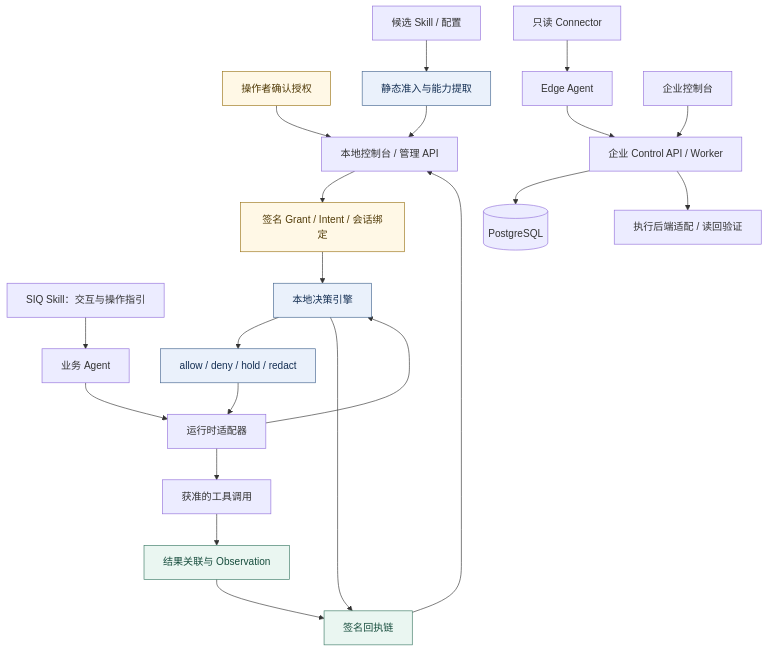
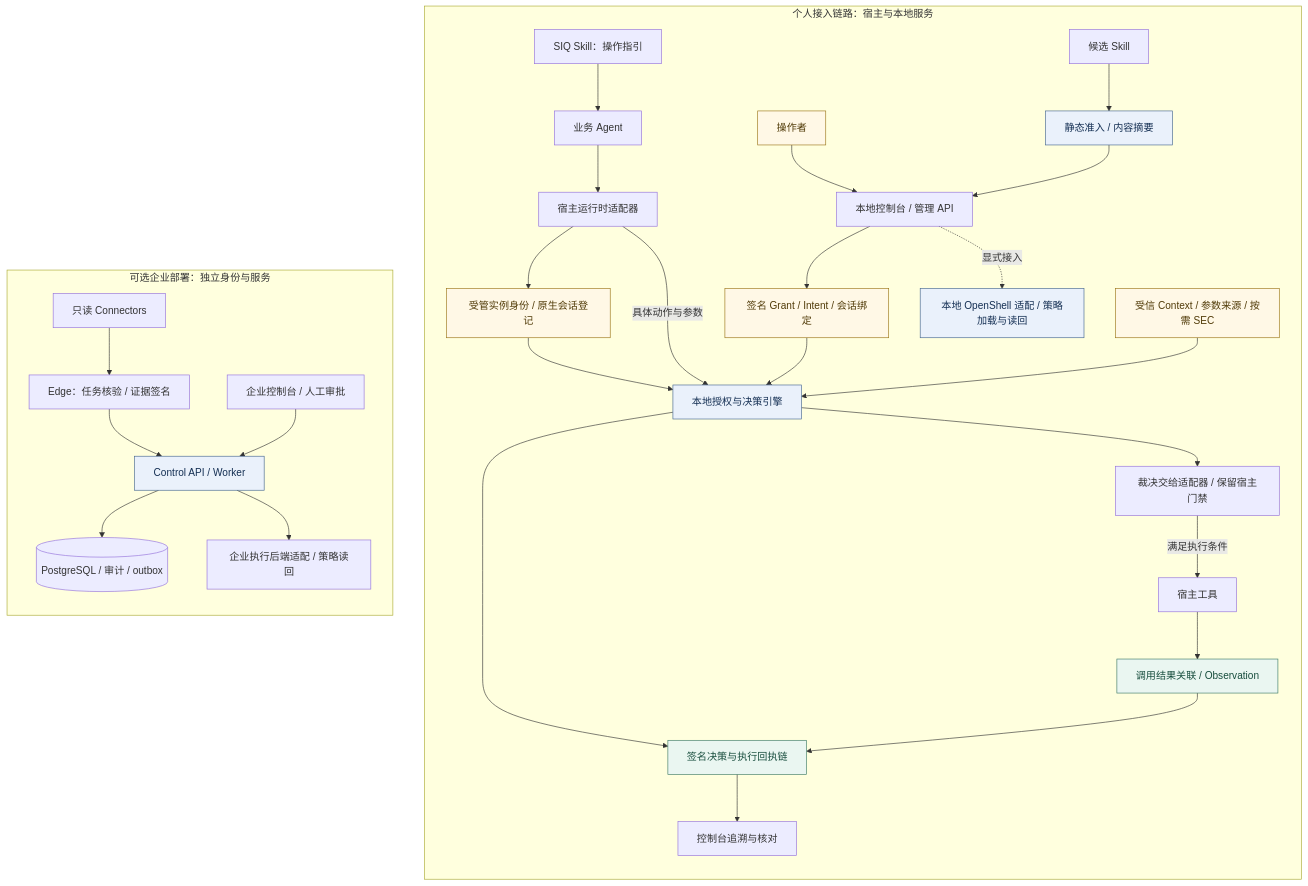
The first of 2 diagrams in README.md (maoyadongsh/siq-agent-security), drawn with Mermaid before and after one commit. The commit also changed other lines of this file and 1 other file, not shown here.

Commit message:
docs: update authorization and effect verification diagrams

````diff
--- a/README.md
+++ b/README.md
@@ -239,31 +239,39 @@
 ```mermaid
 flowchart TB
-    Human[操作者确认授权] --> Console[本地控制台 / 管理 API]
-    Skill[SIQ Skill：交互与操作指引] --> Agent[业务 Agent]
-    Candidate[候选 Skill / 配置] --> Admission[静态准入与能力提取]
+    subgraph Local[个人接入链路：宿主与本地服务]
+        direction TB
+    Human[操作者] --> Console[本地控制台 / 管理 API]
+    Skill[SIQ Skill：操作指引] --> Agent[业务 Agent]
+    Candidate[候选 Skill] --> Admission[静态准入 / 内容摘要]
     Admission --> Console
     Console --> Authority[签名 Grant / Intent / 会话绑定]
-    Agent --> Adapter[运行时适配器]
-    Adapter --> Gate[本地决策引擎]
+    Agent --> Adapter[宿主运行时适配器]
+    Adapter --> Identity[受管实例身份 / 原生会话登记]
+    Identity --> Gate[本地授权与决策引擎]
+    Adapter -->|具体动作与参数| Gate
     Authority --> Gate
-    Gate --> Decision[allow / deny / hold / redact]
-    Decision --> Adapter
-    Adapter --> Tool[获准的工具调用]
-    Tool --> Observe[结果关联与 Observation]
-    Gate --> Receipts[签名回执链]
+    Context[受信 Context / 参数来源 / 按需 SEC] --> Gate
+    Gate --> Decision[裁决交给适配器 / 保留宿主门禁]
+    Decision -->|满足执行条件| Tool[宿主工具]
+    Tool --> Observe[调用结果关联 / Observation]
+    Gate --> Receipts[签名决策与执行回执链]
     Observe --> Receipts
-    Receipts --> Console
+    Receipts --> View[控制台追溯与核对]
+    Console -.->|显式接入| LocalBackend[本地 OpenShell 适配 / 策略加载与读回]
+    end
 
-    Connectors[只读 Connector] --> Edge[Edge Agent]
-    Edge --> Control[企业 Control API / Worker]
-    EnterpriseUI[企业控制台] --> Control
-    Control --> DB[(PostgreSQL)]
-    Control --> Backend[执行后端适配 / 读回验证]
-
+    subgraph Enterprise[可选企业部署：独立身份与服务]
+        direction TB
+        Connectors[只读 Connectors] --> Edge[Edge：任务核验 / 证据签名]
+        Edge --> Control[Control API / Worker]
+        EnterpriseUI[企业控制台 / 人工审批] --> Control
+        Control --> DB[(PostgreSQL / 审计 / outbox)]
+        Control --> Backend[企业执行后端适配 / 策略读回]
+    end
     classDef authority fill:#fff8e6,stroke:#9a7417,color:#513b08
     classDef runtime fill:#eaf1fb,stroke:#43658f,color:#142f53
     classDef evidence fill:#eaf6f1,stroke:#3b7965,color:#174d3d
-    class Human,Authority authority
-    class Admission,Gate,Decision runtime
+    class Human,Authority,Identity,Context authority
+    class Admission,Gate,LocalBackend,Control runtime
     class Observe,Receipts evidence
 ```
````
